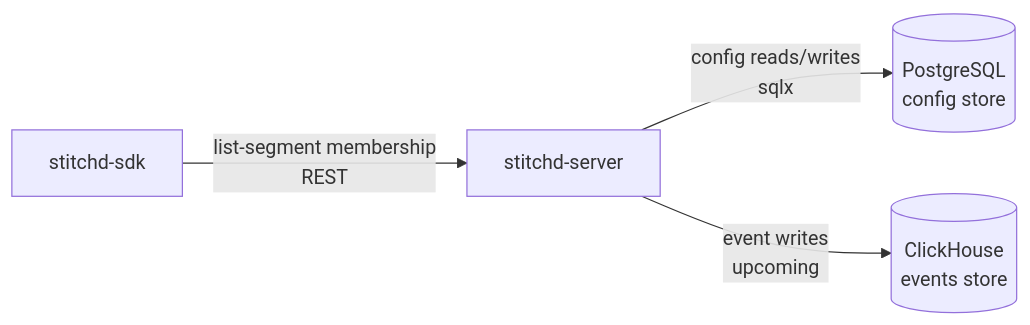
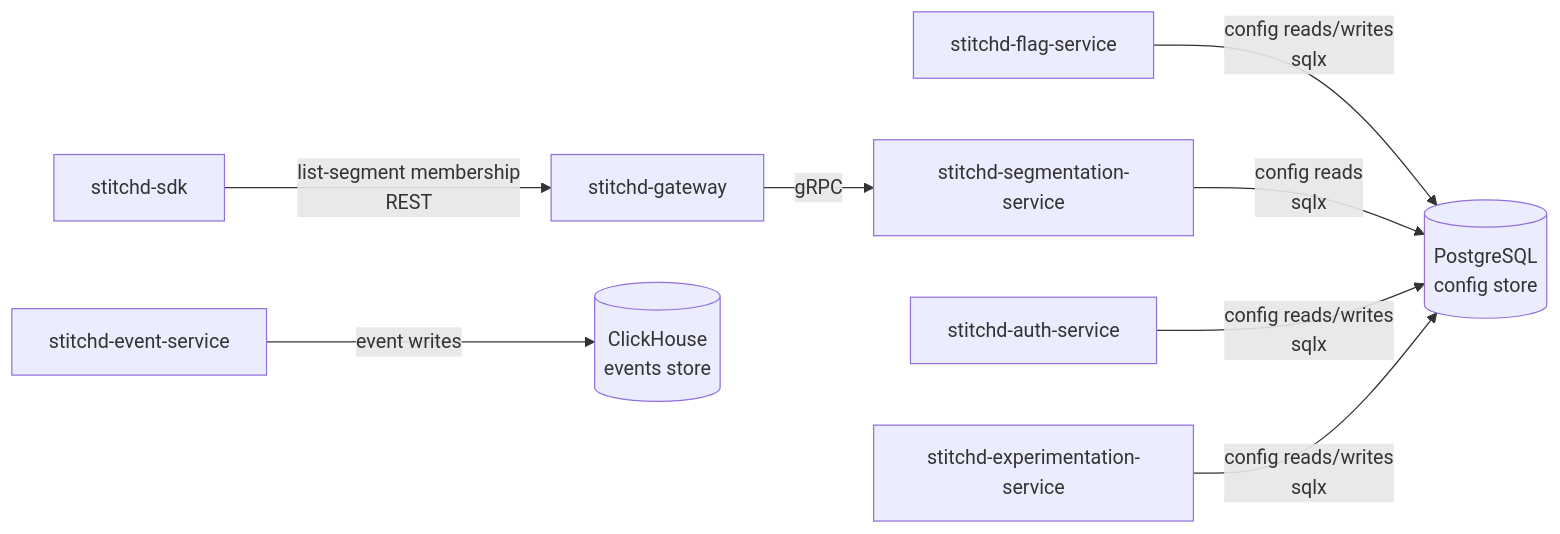
One commit to stitchd-dev/feature-flag changed the diagram in docs/src/architecture/data-stores.md. Above: the diagram before and after it, drawn with Mermaid. The commit also changed other lines of this file and 15 other files, not shown here.

First line of the commit message:
docs: align README and mdBook architecture with microservices layout

````diff
--- a/docs/src/architecture/data-stores.md
+++ b/docs/src/architecture/data-stores.md
@@ -8,7 +8,18 @@
 ```mermaid
 graph LR
-    Server[stitchd-server]
-    Server -->|config reads/writes\nsqlx| PG[(PostgreSQL\nconfig store)]
-    Server -->|event writes\nupcoming| CH[(ClickHouse\nevents store)]
-    SDK[stitchd-sdk] -->|list-segment membership\nREST| Server
+    GW[stitchd-gateway]
+    FS[stitchd-flag-service]
+    SS[stitchd-segmentation-service]
+    AS[stitchd-auth-service]
+    XS[stitchd-experimentation-service]
+    ES[stitchd-event-service]
+
+    FS -->|config reads/writes\nsqlx| PG[(PostgreSQL\nconfig store)]
+    SS -->|config reads\nsqlx| PG
+    AS -->|config reads/writes\nsqlx| PG
+    XS -->|config reads/writes\nsqlx| PG
+    ES -->|event writes| CH[(ClickHouse\nevents store)]
+
+    SDK[stitchd-sdk] -->|list-segment membership\nREST| GW
+    GW -->|gRPC| SS
 ```
````
